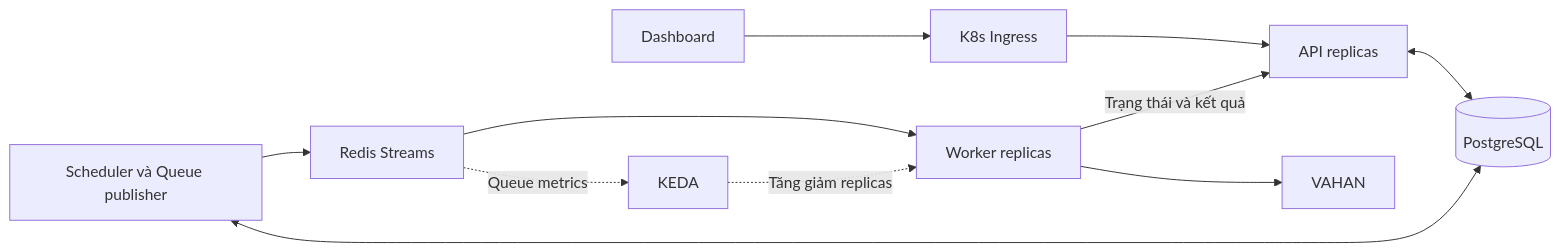
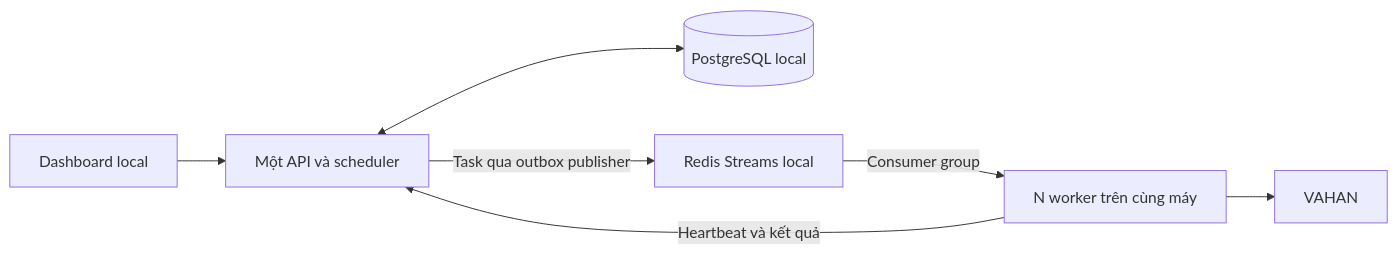
One commit to Muteen-Felix/vahan-automation changed the diagram in docs/plans/redis-streams-k8s-horizontal-scaling.md. Above: the diagram before and after it, drawn with Mermaid. The commit also changed other lines of this file and 35 other files, not shown here.

````diff
--- a/docs/plans/redis-streams-k8s-horizontal-scaling.md
+++ b/docs/plans/redis-streams-k8s-horizontal-scaling.md
@@ -53,13 +35,9 @@
 ```mermaid
 flowchart LR
-    UI[Dashboard] --> LB[K8s Ingress]
-    LB --> API[API replicas]
-    API <--> DB[(PostgreSQL)]
-    S[Scheduler và Queue publisher] <--> DB
-    S --> Q[Redis Streams]
-    Q --> W[Worker replicas]
+    UI[Dashboard local] --> API[Một API và scheduler]
+    API <--> DB[(PostgreSQL local)]
+    API -->|Task qua outbox publisher| Q[Redis Streams local]
+    Q -->|Consumer group| W[N worker trên cùng máy]
     W --> V[VAHAN]
-    W -->|Trạng thái và kết quả| API
-    Q -.->|Queue metrics| K[KEDA]
-    K -.->|Tăng giảm replicas| W
+    W -->|Heartbeat và kết quả| API
 ```
````
